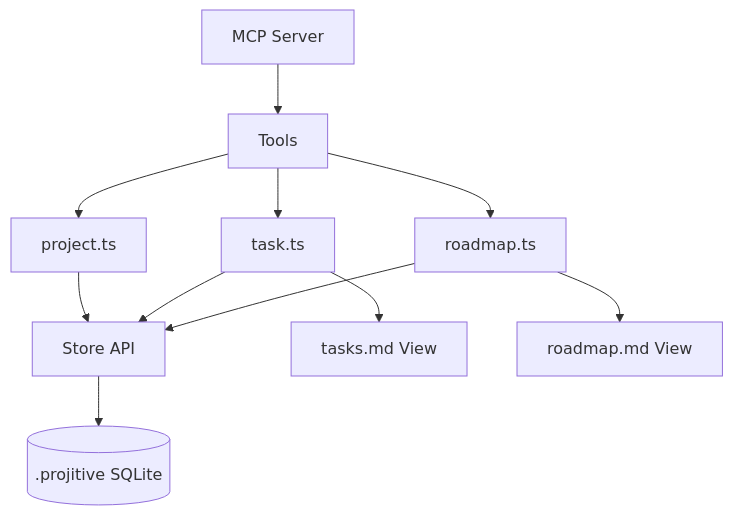
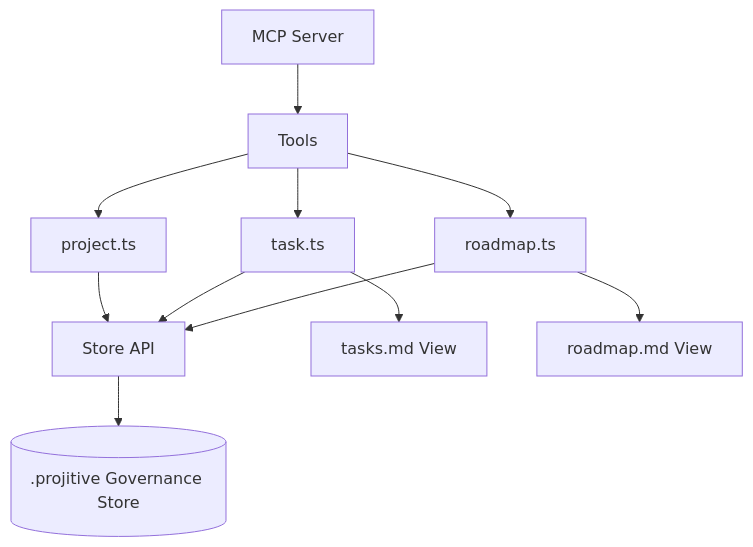
One commit to yinxulai/projitive changed the first of 4 diagrams in packages/mcp/docs/ARCHITECTURE_CN.md. Above: the diagram before and after it, drawn with Mermaid. The commit also changed other lines of this file and 23 other files, not shown here.

Commit message:
chore(mcp): release v2.0.3 with governance flow updates

````diff
--- a/packages/mcp/docs/ARCHITECTURE_CN.md
+++ b/packages/mcp/docs/ARCHITECTURE_CN.md
@@ -18,16 +18,16 @@
 ```mermaid
 flowchart TB
     A[MCP Server] --> B[Tools]
     B --> B1[project.ts]
     B --> B2[task.ts]
     B --> B3[roadmap.ts]
 
     B1 --> C[Store API]
     B2 --> C
     B3 --> C
 
-    C --> D[(.projitive SQLite)]
+    C --> D[(.projitive Governance Store)]
 
     B2 --> E[tasks.md View]
     B3 --> F[roadmap.md View]
 ```
````
